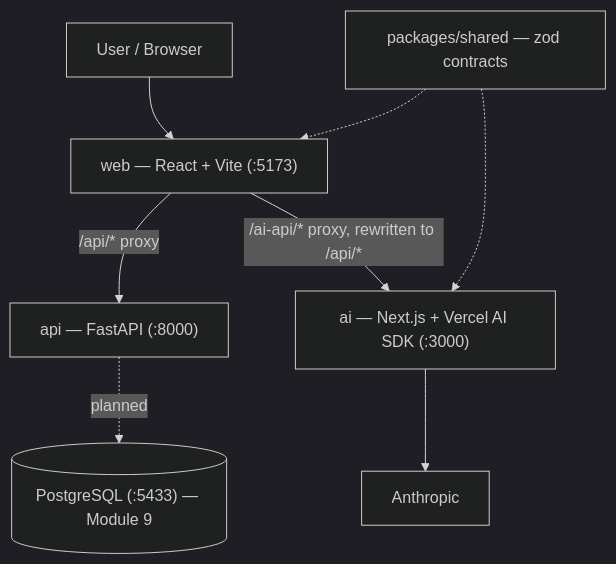
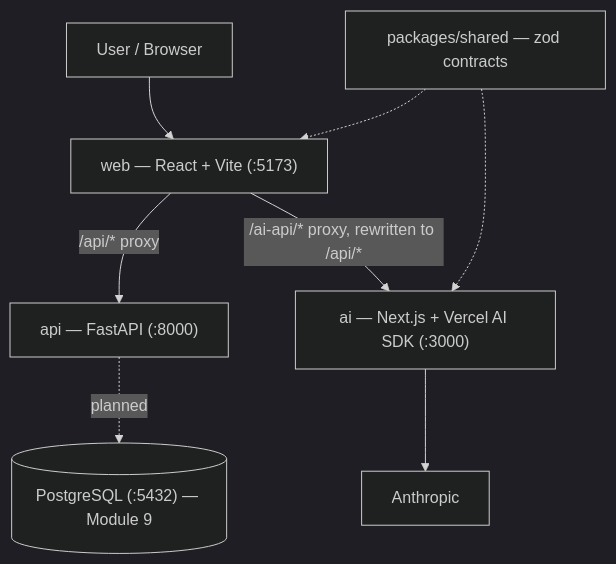
Before and after one commit to kpark93/note2action: the diagram in docs/architecture/overview.md, drawn with Mermaid (dark theme). The commit also changed 4 other files, not shown here.

````diff
--- a/docs/architecture/overview.md
+++ b/docs/architecture/overview.md
@@ -6,20 +6,20 @@
 ```mermaid
 flowchart TD
     Browser[User / Browser]
 
     Web["web — React + Vite (:5173)"]
     API["api — FastAPI (:8000)"]
     AI["ai — Next.js + Vercel AI SDK (:3000)"]
-    DB[("PostgreSQL (:5433) — Module 9")]
+    DB[("PostgreSQL (:5432) — Module 9")]
     LLM[Anthropic]
     Shared["packages/shared — zod contracts"]
 
     Browser --> Web
     Web -->|"/api/* proxy"| API
     Web -->|"/ai-api/* proxy, rewritten to /api/*"| AI
     API -.->|planned| DB
     AI --> LLM
 
     Shared -.-> Web
     Shared -.-> AI
 ```
````
